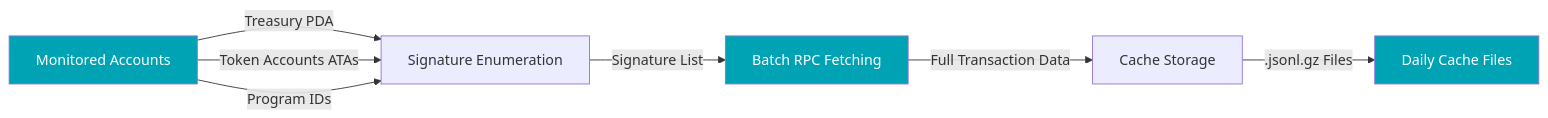
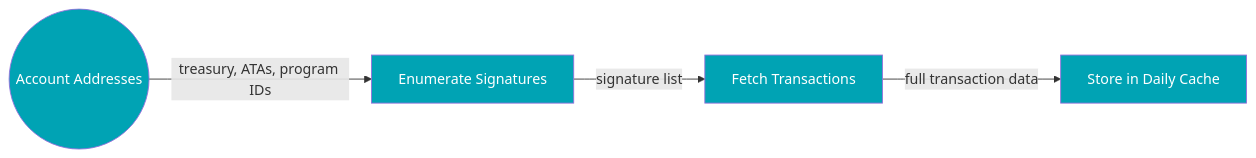
One commit to karstenalytics/frontend changed the second of 6 diagrams in docs/analysis/data-pipeline.mdx. Above: the diagram before and after it, drawn with Mermaid. The commit also changed other lines of this file and 157 other files, not shown here.

````diff
--- a/docs/analysis/data-pipeline.mdx
+++ b/docs/analysis/data-pipeline.mdx
@@ -52,13 +51,12 @@
 ```mermaid
+%%{init: {'flowchart': {'useMaxWidth': false}}}%%
 graph LR
-    A[Monitored Accounts] -->|Treasury PDA| B[Signature Enumeration]
-    A -->|Token Accounts ATAs| B
-    A -->|Program IDs| B
-    B -->|Signature List| C[Batch RPC Fetching]
-    C -->|Full Transaction Data| D[Cache Storage]
-    D -->|.jsonl.gz Files| E[Daily Cache Files]
+    A((Account Addresses)) -->|treasury, ATAs, program IDs| B[Enumerate Signatures]
+    B -->|signature list| C[Fetch Transactions]
+    C -->|full transaction data| D[Store in Daily Cache]
 
     style A fill:#00A3B4,color:#fff
+    style B fill:#00A3B4,color:#fff
     style C fill:#00A3B4,color:#fff
-    style E fill:#00A3B4,color:#fff
+    style D fill:#00A3B4,color:#fff
 ```
````
